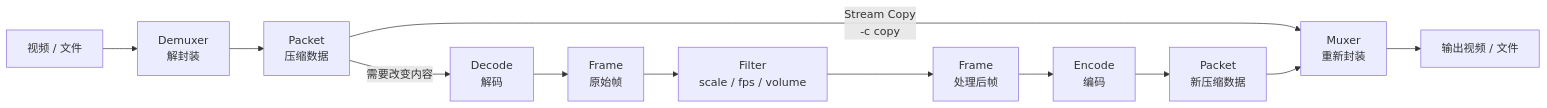
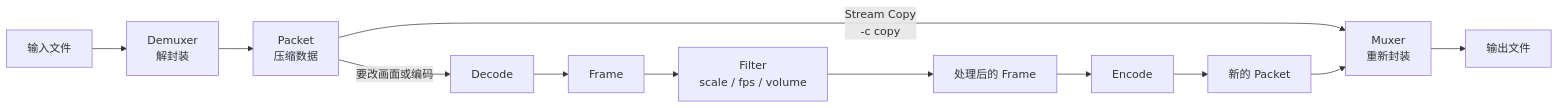
The diagram in src/content/tutorial/ffmpeg/03-处理链路与转码.md (flycodeu/FlyCodeCenter), drawn with Mermaid before and after one commit. The commit also changed other lines of this file and 10 other files, not shown here.

````diff
--- a/src/content/tutorial/ffmpeg/03-处理链路与转码.md
+++ b/src/content/tutorial/ffmpeg/03-处理链路与转码.md
@@ -23,14 +28,14 @@
 ```mermaid
 flowchart LR
-  I[视频 / 文件] --> D[Demuxer<br/>解封装]
+  I[输入文件] --> D[Demuxer<br/>解封装]
   D --> P[Packet<br/>压缩数据]
   P -->|Stream Copy<br/>-c copy| M[Muxer<br/>重新封装]
-  P -->|需要改变内容| DE[Decode<br/>解码]
-  DE --> F1[Frame<br/>原始帧]
+  P -->|要改画面或编码| DE[Decode]
+  DE --> F1[Frame]
   F1 --> FL[Filter<br/>scale / fps / volume]
-  FL --> F2[Frame<br/>处理后帧]
-  F2 --> EN[Encode<br/>编码]
-  EN --> P2[Packet<br/>新压缩数据]
+  FL --> F2[处理后的 Frame]
+  F2 --> EN[Encode]
+  EN --> P2[新的 Packet]
   P2 --> M
-  M --> O[输出视频 / 文件]
+  M --> O[输出文件]
 ```
````
